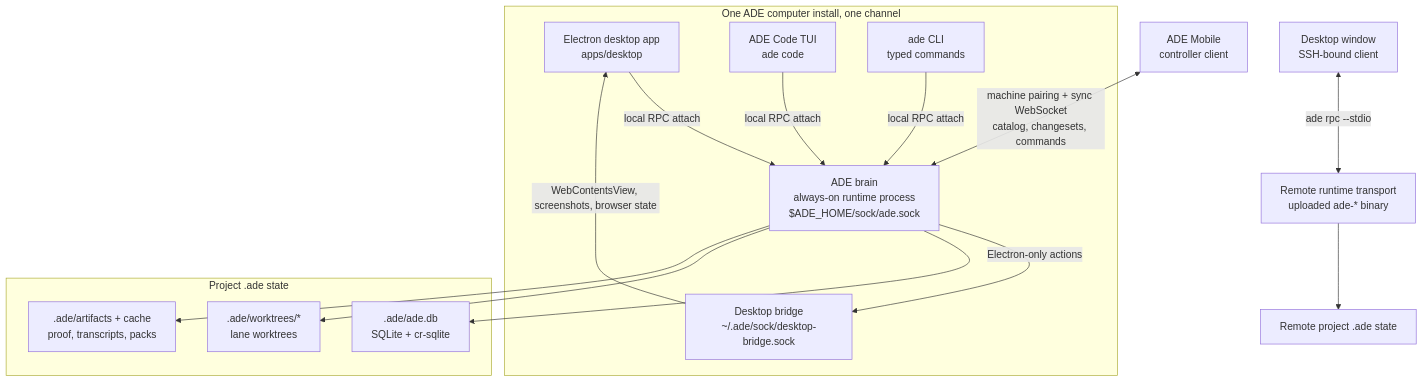
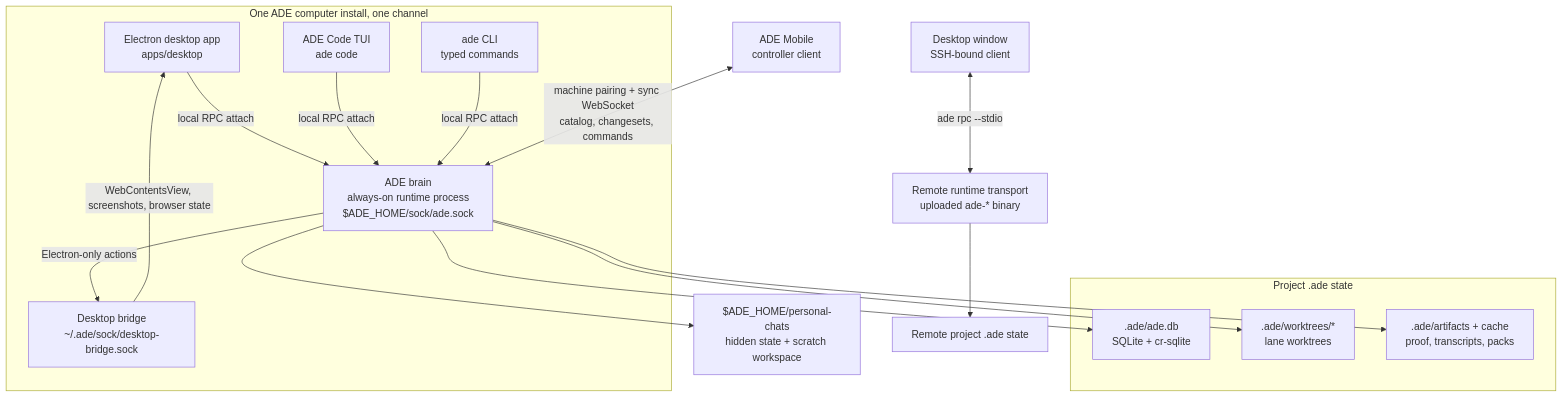
One commit to arul28/ADE changed the diagram in docs/ARCHITECTURE.md. Above: the diagram before and after it, drawn with Mermaid. The commit also changed other lines of this file and 76 other files, not shown here.

Commit message:
feat: add projectless personal chats

````diff
--- a/docs/ARCHITECTURE.md
+++ b/docs/ARCHITECTURE.md
@@ -17,31 +17,34 @@
 ```mermaid
 flowchart TB
   subgraph LocalMachine["One ADE computer install, one channel"]
     Desktop["Electron desktop app<br/>apps/desktop"]
     Code["ADE Code TUI<br/>ade code"]
     Shell["ade CLI<br/>typed commands"]
     Brain["ADE brain<br/>always-on runtime process<br/>$ADE_HOME/sock/ade.sock"]
     Bridge["Desktop bridge<br/>~/.ade/sock/desktop-bridge.sock"]
   end
 
   Desktop -->|"local RPC attach"| Brain
   Code -->|"local RPC attach"| Brain
   Shell -->|"local RPC attach"| Brain
   Brain -->|"Electron-only actions"| Bridge
   Bridge -->|"WebContentsView, screenshots, browser state"| Desktop
 
   subgraph ProjectState["Project .ade state"]
     Database[".ade/ade.db<br/>SQLite + cr-sqlite"]
     Lanes[".ade/worktrees/*<br/>lane worktrees"]
     Artifacts[".ade/artifacts + cache<br/>proof, transcripts, packs"]
   end
 
+  Personal["$ADE_HOME/personal-chats<br/>hidden state + scratch workspace"]
+
   Brain --> Database
   Brain --> Lanes
   Brain --> Artifacts
+  Brain --> Personal
 
   IOS["ADE Mobile<br/>controller client"] <-->|"machine pairing + sync WebSocket<br/>catalog, changesets, commands"| Brain
 
   DesktopRemote["Desktop window<br/>SSH-bound client"] <-->|"ade rpc --stdio"| RemoteRuntime["Remote runtime transport<br/>uploaded ade-* binary"]
   RemoteRuntime --> RemoteProject["Remote project .ade state"]
 ```
````
